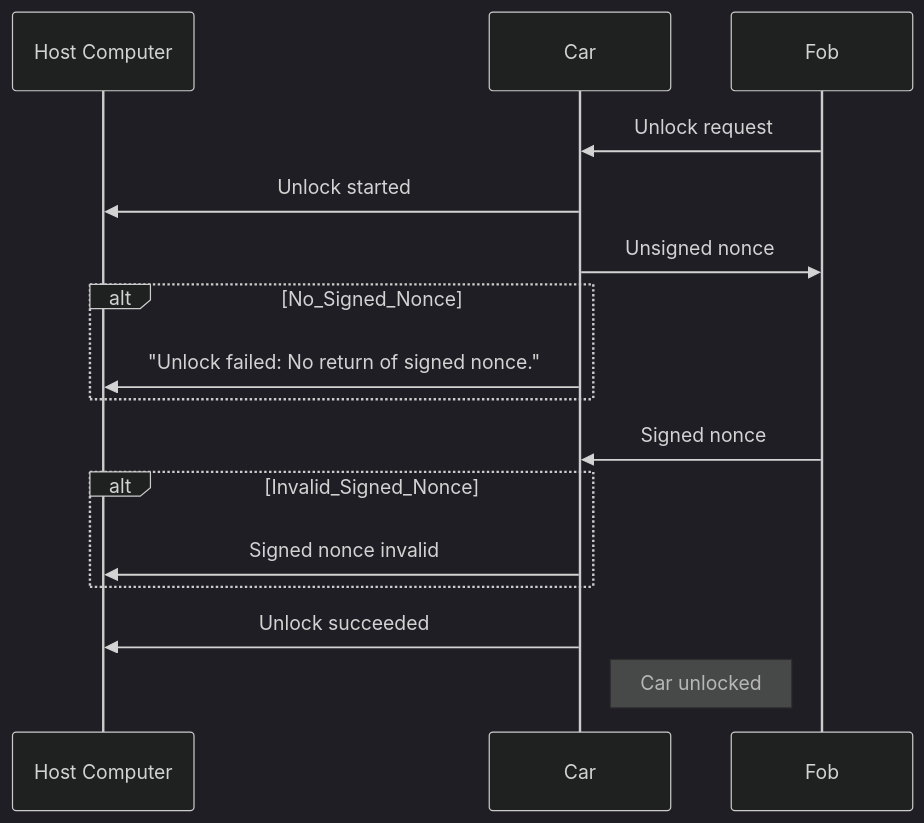
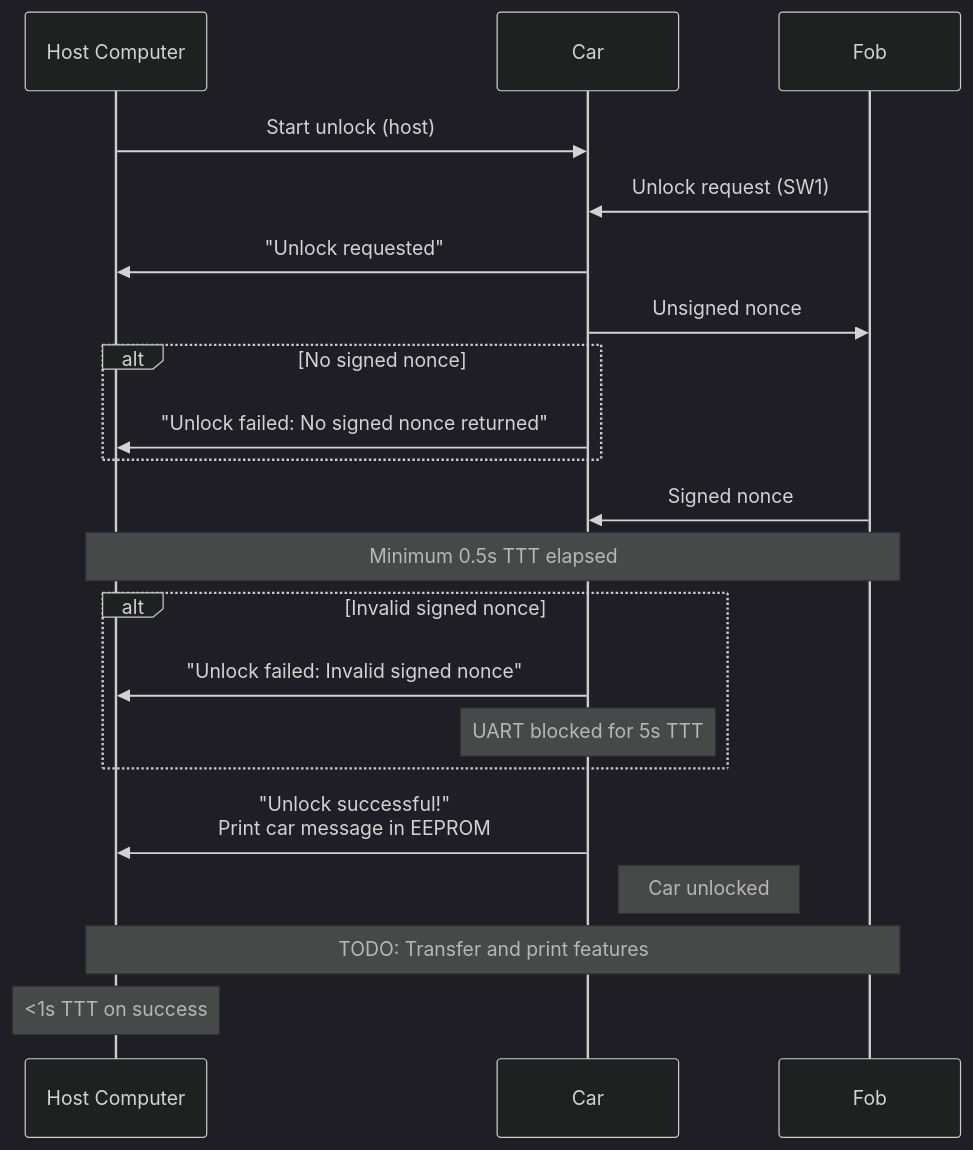
One commit to sigpwny/2023-ectf-uiuc changed the second of 2 diagrams in docs/protocol.md. Above: the diagram before and after it, drawn with Mermaid (dark theme). The commit also changed other lines of this file, not shown here.

````diff
--- a/docs/protocol.md
+++ b/docs/protocol.md
@@ -46,18 +135,23 @@
 ```mermaid
 sequenceDiagram
-    participant Host Computer
-    participant Car
-    participant Fob
-    Fob->>Car: Unlock request
-    Car->>Host Computer: Unlock started
-    Car->>Fob: Unsigned nonce
-    alt No_Signed_Nonce
-        Car ->> Host Computer: "Unlock failed: No return of signed nonce."
-    end
-    Fob->>Car: Signed nonce
-    alt Invalid_Signed_Nonce
-        Car->>Host Computer: Signed nonce invalid
-    end
-        Car->>Host Computer: Unlock succeeded
-    Note right of Car: Car unlocked
+  participant Host Computer
+  participant Car
+  participant Fob
+  Host Computer ->> Car: Start unlock (host)
+  Fob ->> Car: Unlock request (SW1)
+  Car ->> Host Computer: "Unlock requested"
+  Car ->> Fob: Unsigned nonce
+  alt No signed nonce
+    Car ->> Host Computer: "Unlock failed: No signed nonce returned"
+  end
+  Fob->>Car: Signed nonce
+  Note over Host Computer, Fob: Minimum 0.5s TTT elapsed
+  alt Invalid signed nonce
+    Car->>Host Computer: "Unlock failed: Invalid signed nonce"
+    Note over Car: UART blocked for 5s TTT
+  end
+  Car->>Host Computer: "Unlock successful!" <br/>Print car message in EEPROM
+  Note right of Car: Car unlocked
+  Note over Host Computer, Fob: TODO: Transfer and print features
+  Note over Host Computer: <1s TTT on success
 ```
````
